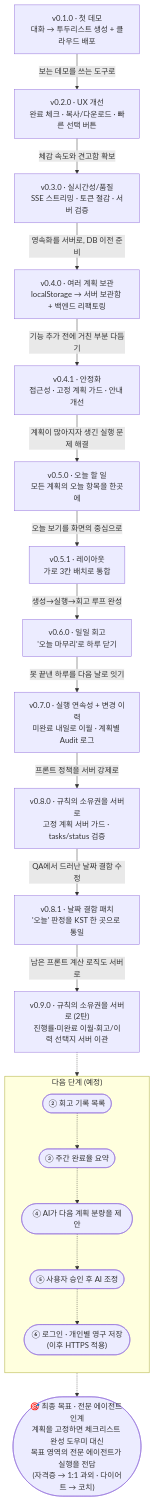
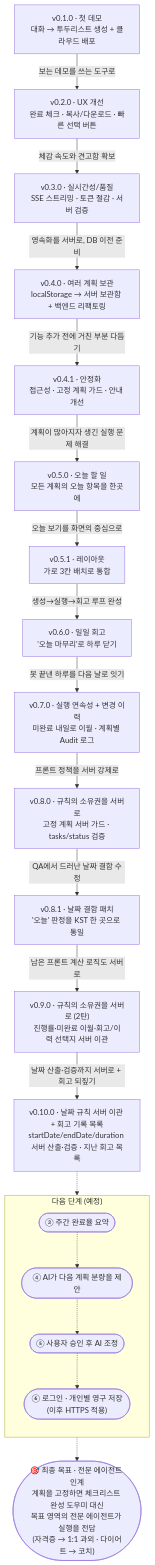
The diagram in docs/EVOLUTION.md (hello-pebble/DelayNoMore_Release), drawn with Mermaid before and after one commit. The commit also changed other lines of this file and 21 other files, not shown here.

First line of the commit message:
v0.10.0 — startDate/endDate/duration 서버 산출·검증 + 지난 회고 기록 목록 (#42)

````diff
--- a/docs/EVOLUTION.md
+++ b/docs/EVOLUTION.md
@@ -6,41 +6,42 @@
 ```mermaid
 graph TD
     V01["v0.1.0 · 첫 데모<br/>대화 → 투두리스트 생성 + 클라우드 배포"]
     V02["v0.2.0 · UX 개선<br/>완료 체크 · 복사/다운로드 · 빠른 선택 버튼"]
     V03["v0.3.0 · 실시간성/품질<br/>SSE 스트리밍 · 토큰 절감 · 서버 검증"]
     V04["v0.4.0 · 여러 계획 보관<br/>localStorage → 서버 보관함 + 백엔드 리팩토링"]
     V041["v0.4.1 · 안정화<br/>접근성 · 고정 계획 가드 · 안내 개선"]
     V05["v0.5.0 · 오늘 할 일<br/>모든 계획의 오늘 항목을 한곳에"]
     V051["v0.5.1 · 레이아웃<br/>가로 3칸 배치로 통합"]
     V06["v0.6.0 · 일일 회고<br/>'오늘 마무리'로 하루 닫기"]
     V07["v0.7.0 · 실행 연속성 + 변경 이력<br/>미완료 내일로 이월 · 계획별 Audit 로그"]
     V08["v0.8.0 · 규칙의 소유권을 서버로<br/>고정 계획 서버 가드 · tasks/status 검증"]
     V081["v0.8.1 · 날짜 결함 패치<br/>'오늘' 판정을 KST 한 곳으로 통일"]
     V09["v0.9.0 · 규칙의 소유권을 서버로 (2탄)<br/>진행률·미완료 이월·회고/이력 선택지 서버 이관"]
+    V010["v0.10.0 · 날짜 규칙 서버 이관 + 회고 기록 목록<br/>startDate/endDate/duration 서버 산출·검증 · 지난 회고 목록"]
 
     V01 -->|"보는 데모를 쓰는 도구로"| V02
     V02 -->|"체감 속도와 견고함 확보"| V03
     V03 -->|"영속화를 서버로, DB 이전 준비"| V04
     V04 -->|"기능 추가 전에 거친 부분 다듬기"| V041
     V041 -->|"계획이 많아지자 생긴 실행 문제 해결"| V05
     V05 -->|"오늘 보기를 화면의 중심으로"| V051
     V051 -->|"생성→실행→회고 루프 완성"| V06
     V06 -->|"못 끝낸 하루를 다음 날로 잇기"| V07
     V07 -->|"프론트 정책을 서버 강제로"| V08
     V08 -->|"QA에서 드러난 날짜 결함 수정"| V081
     V081 -->|"남은 프론트 계산 로직도 서버로"| V09
+    V09 -->|"날짜 산출·검증까지 서버로 + 회고 되짚기"| V010
 
     subgraph NEXT["다음 단계 (예정)"]
         direction TB
-        N2(["② 회고 기록 목록"])
         N3(["③ 주간 완료율 요약"])
         N4(["④ AI가 다음 계획 분량을 제안"])
         N5(["⑤ 사용자 승인 후 AI 조정"])
         N6(["⑥ 로그인 · 개인별 영구 저장<br/>(이후 HTTPS 적용)"])
-        N2 -.-> N3 -.-> N4 -.-> N5 -.-> N6
+        N3 -.-> N4 -.-> N5 -.-> N6
     end
 
     FINAL(["🎯 최종 목표 · 전문 에이전트 인계<br/>계획을 고정하면 체크리스트 완성 도우미 대신<br/>목표 영역의 전문 에이전트가 실행을 전담<br/>(자격증 → 1:1 과외 · 다이어트 → 코치)"])
 
-    V09 -.-> NEXT -.-> FINAL
+    V010 -.-> NEXT -.-> FINAL
 ```
````
